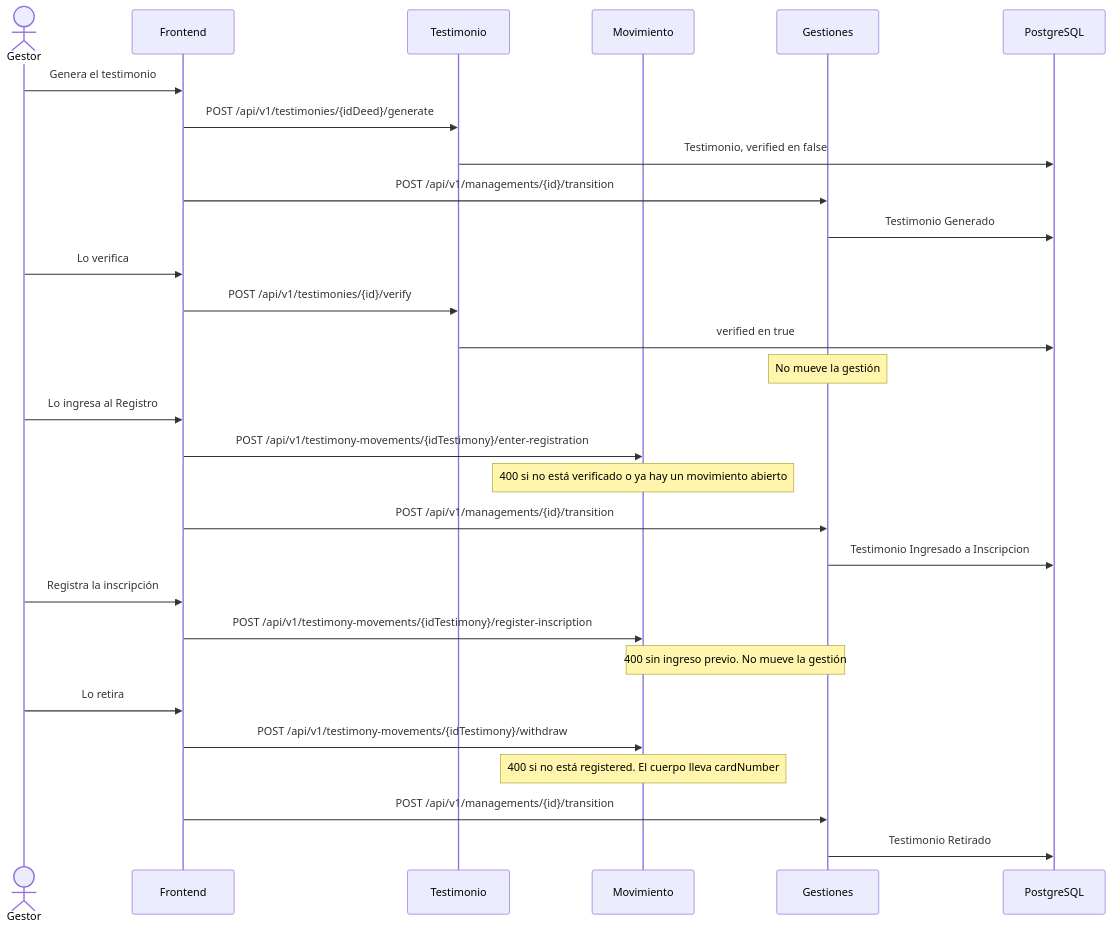
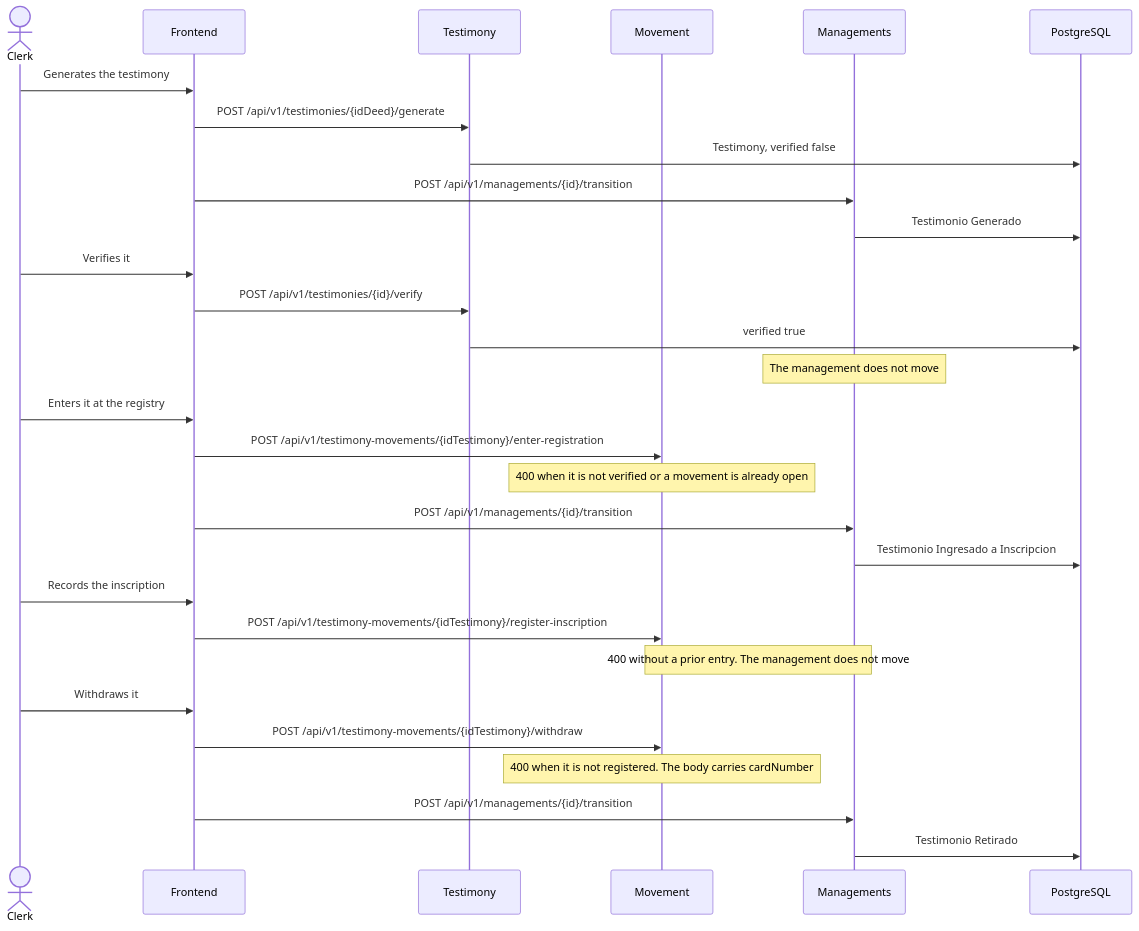
One commit to matiaspakua/notaire changed the fifth of 9 diagrams in docs/200-architecture/203-design/GESTION.md. Above: the diagram before and after it, drawn with Mermaid. The commit also changed other lines of this file and 165 other files, not shown here.

First line of the commit message:
[#1490] docs(architecture): write CU sequence steps in English (#1505)

````diff
--- a/docs/200-architecture/203-design/GESTION.md
+++ b/docs/200-architecture/203-design/GESTION.md
@@ -163,36 +164,36 @@
 ```mermaid
 sequenceDiagram
-  actor Gestor
+  actor Clerk
   participant FE as Frontend
-  participant Tes as Testimonio
-  participant Mov as Movimiento
-  participant Ges as Gestiones
+  participant Tes as Testimony
+  participant Mov as Movement
+  participant Ges as Managements
   participant DB as PostgreSQL
 
-  Gestor->>FE: Genera el testimonio
+  Clerk->>FE: Generates the testimony
   FE->>Tes: POST /api/v1/testimonies/{idDeed}/generate
-  Tes->>DB: Testimonio, verified en false
+  Tes->>DB: Testimony, verified false
   FE->>Ges: POST /api/v1/managements/{id}/transition
   Ges->>DB: Testimonio Generado
 
-  Gestor->>FE: Lo verifica
+  Clerk->>FE: Verifies it
   FE->>Tes: POST /api/v1/testimonies/{id}/verify
-  Tes->>DB: verified en true
-  Note over Ges: No mueve la gestión
+  Tes->>DB: verified true
+  Note over Ges: The management does not move
 
-  Gestor->>FE: Lo ingresa al Registro
+  Clerk->>FE: Enters it at the registry
   FE->>Mov: POST /api/v1/testimony-movements/{idTestimony}/enter-registration
-  Note over Mov: 400 si no está verificado o ya hay un movimiento abierto
+  Note over Mov: 400 when it is not verified or a movement is already open
   FE->>Ges: POST /api/v1/managements/{id}/transition
   Ges->>DB: Testimonio Ingresado a Inscripcion
 
-  Gestor->>FE: Registra la inscripción
+  Clerk->>FE: Records the inscription
   FE->>Mov: POST /api/v1/testimony-movements/{idTestimony}/register-inscription
-  Note over Mov,Ges: 400 sin ingreso previo. No mueve la gestión
+  Note over Mov,Ges: 400 without a prior entry. The management does not move
 
-  Gestor->>FE: Lo retira
+  Clerk->>FE: Withdraws it
   FE->>Mov: POST /api/v1/testimony-movements/{idTestimony}/withdraw
-  Note over Mov: 400 si no está registered. El cuerpo lleva cardNumber
+  Note over Mov: 400 when it is not registered. The body carries cardNumber
   FE->>Ges: POST /api/v1/managements/{id}/transition
   Ges->>DB: Testimonio Retirado
 ```
````
